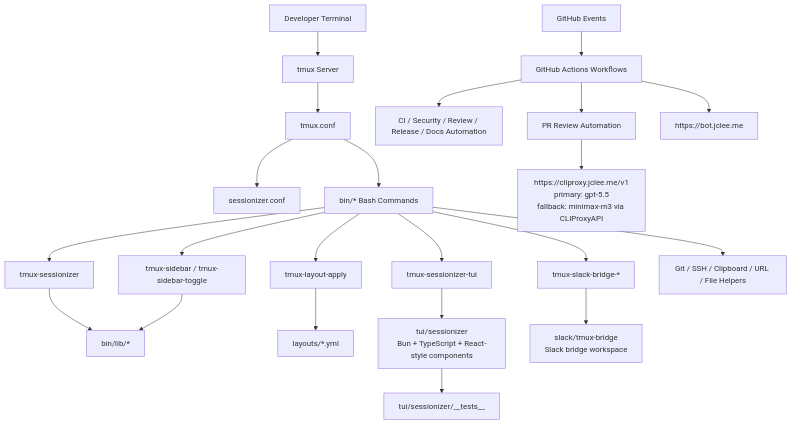
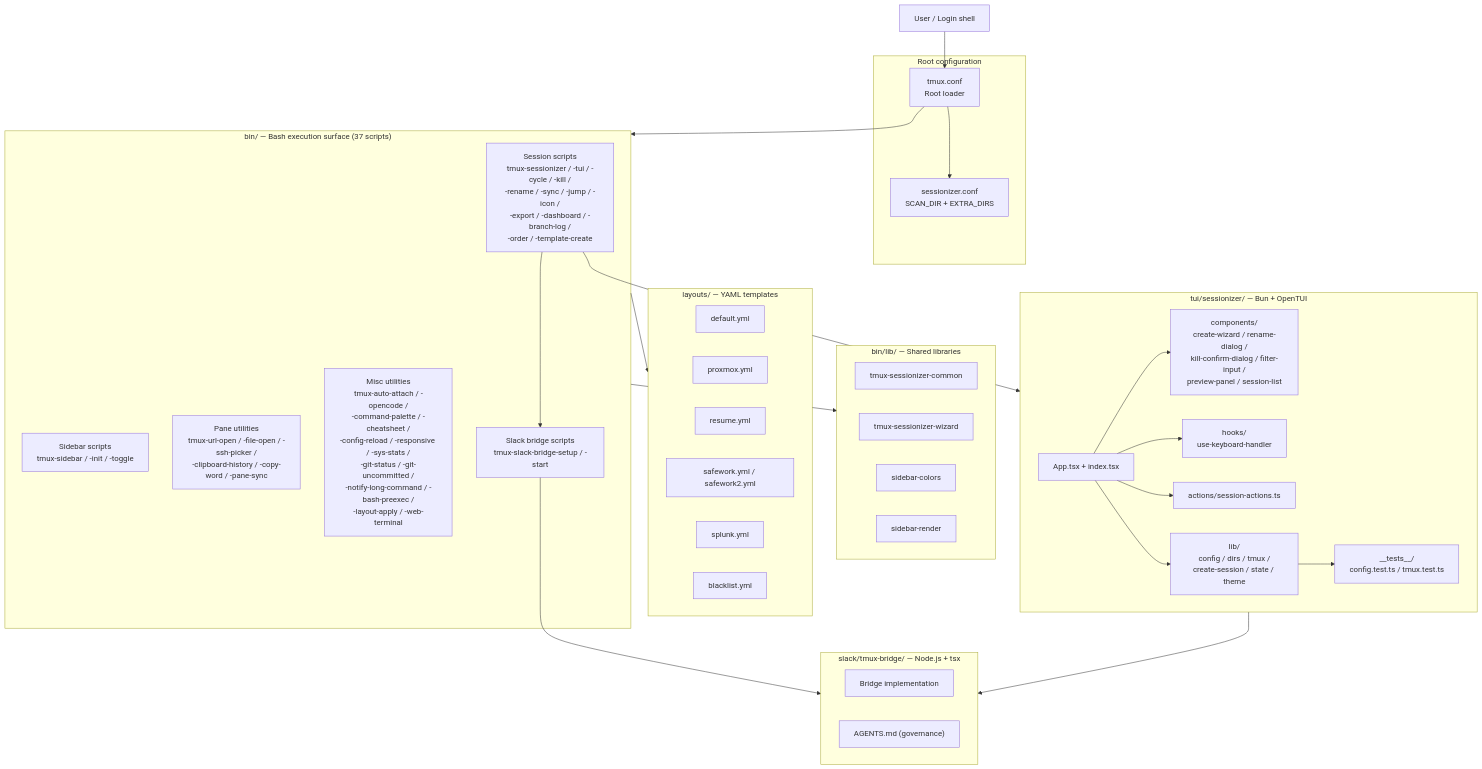
The first of 2 diagrams in README.md (jclee941/tmux), drawn with Mermaid before and after one commit. The commit also changed other lines of this file, not shown here.

Commit message:
docs: auto-update README.md

````diff
--- a/README.md
+++ b/README.md
@@ -110,29 +119,62 @@
 ```mermaid
 flowchart TD
-    User[Developer Terminal] --> Tmux[tmux Server]
-    Tmux --> RootConfig[tmux.conf]
-    RootConfig --> SessionConfig[sessionizer.conf]
-    RootConfig --> BinScripts[bin/* Bash Commands]
+    User["User / Login shell"]
 
-    BinScripts --> Sessionizer[tmux-sessionizer]
-    BinScripts --> SessionizerTUI[tmux-sessionizer-tui]
-    BinScripts --> Sidebar[tmux-sidebar / tmux-sidebar-toggle]
-    BinScripts --> LayoutApply[tmux-layout-apply]
-    BinScripts --> SlackScripts[tmux-slack-bridge-*]
-    BinScripts --> Utilities[Git / SSH / Clipboard / URL / File Helpers]
+    subgraph RootCfg["Root configuration"]
+        TmuxConf["tmux.conf<br/>Root loader"]
+        SessConf["sessionizer.conf<br/>SCAN_DIR + EXTRA_DIRS"]
+    end
 
-    Sessionizer --> SharedLibs[bin/lib/*]
-    Sidebar --> SharedLibs
-    LayoutApply --> Layouts[layouts/*.yml]
+    subgraph BinLayer["bin/ — Bash execution surface (37 scripts)"]
+        SessionScripts["Session scripts<br/>tmux-sessionizer / -tui / -cycle / -kill /<br/>-rename / -sync / -jump / -icon /<br/>-export / -dashboard / -branch-log /<br/>-order / -template-create"]
+        SidebarScripts["Sidebar scripts<br/>tmux-sidebar / -init / -toggle"]
+        PaneScripts["Pane utilities<br/>tmux-url-open / -file-open / -ssh-picker /<br/>-clipboard-history / -copy-word / -pane-sync"]
+        MiscScripts["Misc utilities<br/>tmux-auto-attach / -opencode /<br/>-command-palette / -cheatsheet /<br/>-config-reload / -responsive / -sys-stats /<br/>-git-status / -git-uncommitted /<br/>-notify-long-command / -bash-preexec /<br/>-layout-apply / -web-terminal"]
+        SlackScripts["Slack bridge scripts<br/>tmux-slack-bridge-setup / -start"]
+    end
 
-    SessionizerTUI --> TUI["tui/sessionizer<br/>Bun + TypeScript + React-style components"]
-    TUI --> TUITests["tui/sessionizer/__tests__"]
+    subgraph LibLayer["bin/lib/ — Shared libraries"]
+        Common["tmux-sessionizer-common"]
+        Wizard["tmux-sessionizer-wizard"]
+        SidebarColors["sidebar-colors"]
+        SidebarRender["sidebar-render"]
+    end
 
-    SlackScripts --> SlackBridge["slack/tmux-bridge<br/>Slack bridge workspace"]
+    subgraph Layouts["layouts/ — YAML templates"]
+        Default["default.yml"]
+        Proxmox["proxmox.yml"]
+        Resume["resume.yml"]
+        Safework["safework.yml / safework2.yml"]
+        Splunk["splunk.yml"]
+        Blacklist["blacklist.yml"]
+    end
 
-    GitHub[GitHub Events] --> Workflows[GitHub Actions Workflows]
-    Workflows --> Checks[CI / Security / Review / Release / Docs Automation]
-    Workflows --> PRReview[PR Review Automation]
-    PRReview --> CLIProxy["https://cliproxy.jclee.me/v1<br/>primary: gpt-5.5<br/>fallback: minimax-m3 via CLIProxyAPI"]
-    Workflows --> BotDashboard["https://bot.jclee.me"]
+    subgraph TUI["tui/sessionizer/ — Bun + OpenTUI"]
+        TuiApp["App.tsx + index.tsx"]
+        TuiComp["components/<br/>create-wizard / rename-dialog /<br/>kill-confirm-dialog / filter-input /<br/>preview-panel / session-list"]
+        TuiHooks["hooks/<br/>use-keyboard-handler"]
+        TuiActions["actions/session-actions.ts"]
+        TuiLib["lib/<br/>config / dirs / tmux /<br/>create-session / state / theme"]
+        TuiTests["__tests__/<br/>config.test.ts / tmux.test.ts"]
+    end
+
+    subgraph Slack["slack/tmux-bridge/ — Node.js + tsx"]
+        SlackImpl["Bridge implementation"]
+        SlackAgents["AGENTS.md (governance)"]
+    end
+
+    User --> TmuxConf
+    TmuxConf --> SessConf
+    TmuxConf --> BinLayer
+    BinLayer --> LibLayer
+    BinLayer --> Layouts
+    SessionScripts --> TUI
+    SessionScripts --> SlackScripts
+    SlackScripts --> Slack
+    TUI --> Slack
+    TuiApp --> TuiComp
+    TuiApp --> TuiHooks
+    TuiApp --> TuiActions
+    TuiApp --> TuiLib
+    TuiLib --> TuiTests
 ```
````
